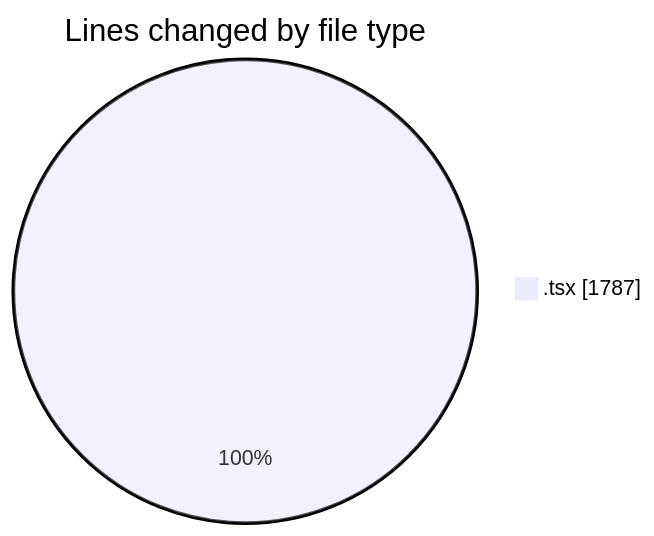
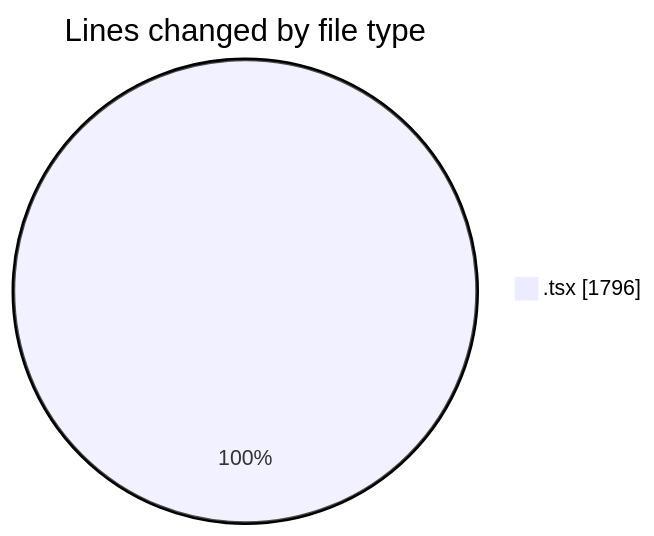
One commit to momahboobian/code-tracking changed the first of 2 diagrams in 2025-10-03/cda/README.md. Above: the diagram before and after it, drawn with Mermaid. The commit also changed other lines of this file and 1 other file, not shown here.

````diff
--- a/2025-10-03/cda/README.md
+++ b/2025-10-03/cda/README.md
@@ -23,5 +23,5 @@
 ```mermaid
 pie showData
 title Lines changed by file type
-".tsx" : 1787
+".tsx" : 1796
 ```
````
